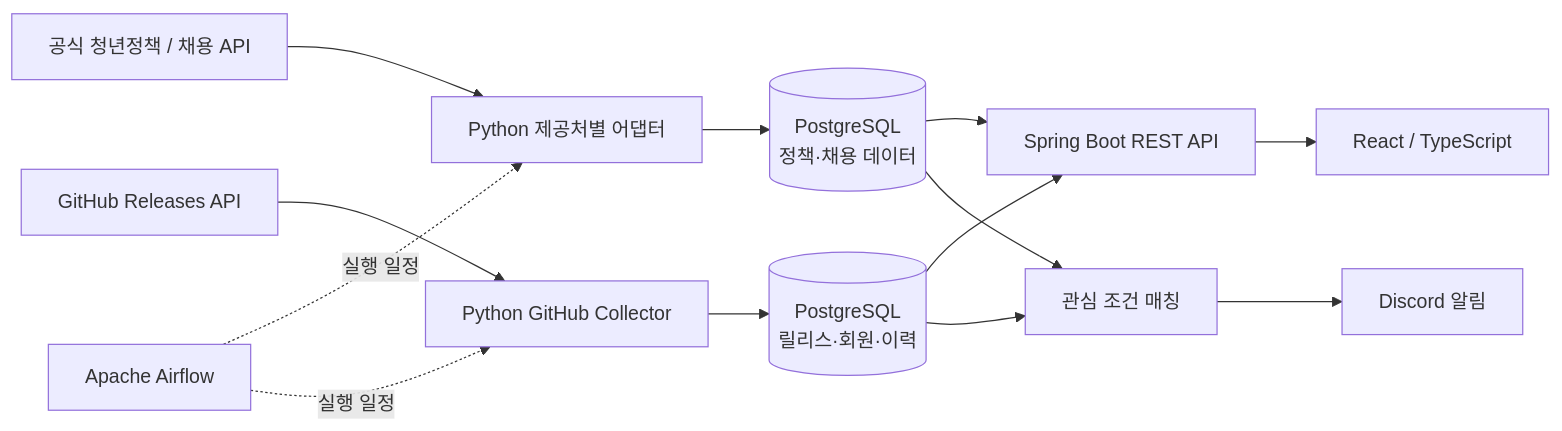
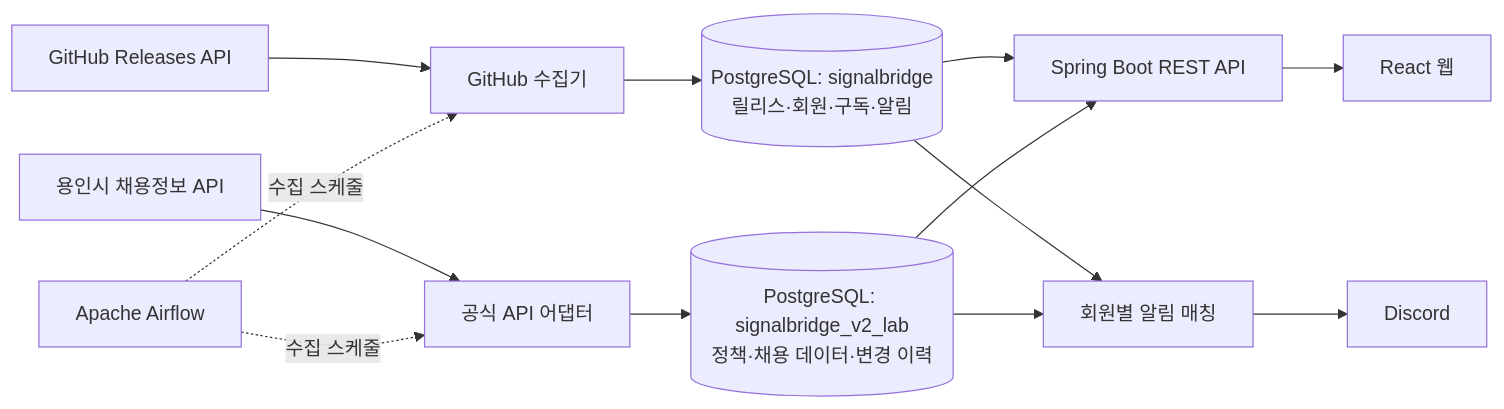
Before and after one commit to hanmj97/SignalBridge: the diagram in README.md, drawn with Mermaid. The commit also changed other lines of this file, not shown here.

````diff
--- a/README.md
+++ b/README.md
@@ -75,15 +46,15 @@
 ```mermaid
 flowchart LR
-    OFFICIAL[공식 청년정책 / 채용 API] --> ADAPTER[Python 제공처별 어댑터]
-    GITHUB[GitHub Releases API] --> COLLECTOR[Python GitHub Collector]
-    AIRFLOW[Apache Airflow] -. 실행 일정 .-> ADAPTER
-    AIRFLOW -. 실행 일정 .-> COLLECTOR
-    ADAPTER --> LAB[(PostgreSQL\n정책·채용 데이터)]
-    COLLECTOR --> CORE[(PostgreSQL\n릴리스·회원·이력)]
-    LAB --> API[Spring Boot REST API]
-    CORE --> API
-    API --> WEB[React / TypeScript]
-    CORE --> NOTIFY[관심 조건 매칭]
-    LAB --> NOTIFY
-    NOTIFY --> DISCORD[Discord 알림]
+    GH["GitHub Releases API"] --> GCOL["GitHub 수집기"]
+    YO["용인시 채용정보 API"] --> JCOL["공식 API 어댑터"]
+    AF["Apache Airflow"] -. "수집 스케줄" .-> GCOL
+    AF -. "수집 스케줄" .-> JCOL
+    GCOL --> MAIN[("PostgreSQL: signalbridge<br/>릴리스·회원·구독·알림")]
+    JCOL --> LAB[("PostgreSQL: signalbridge_v2_lab<br/>정책·채용 데이터·변경 이력")]
+    MAIN --> API["Spring Boot REST API"]
+    LAB --> API
+    API --> WEB["React 웹"]
+    MAIN --> WATCH["회원별 알림 매칭"]
+    LAB --> WATCH
+    WATCH --> DISCORD["Discord"]
 ```
````
